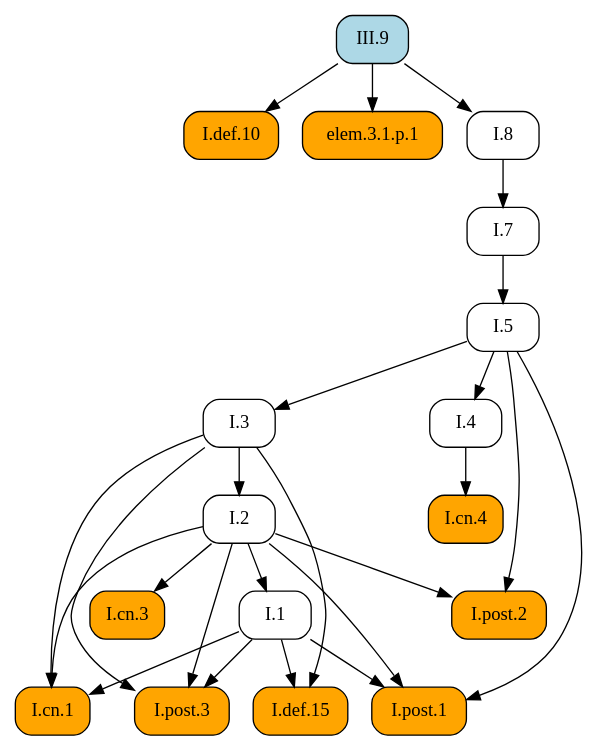
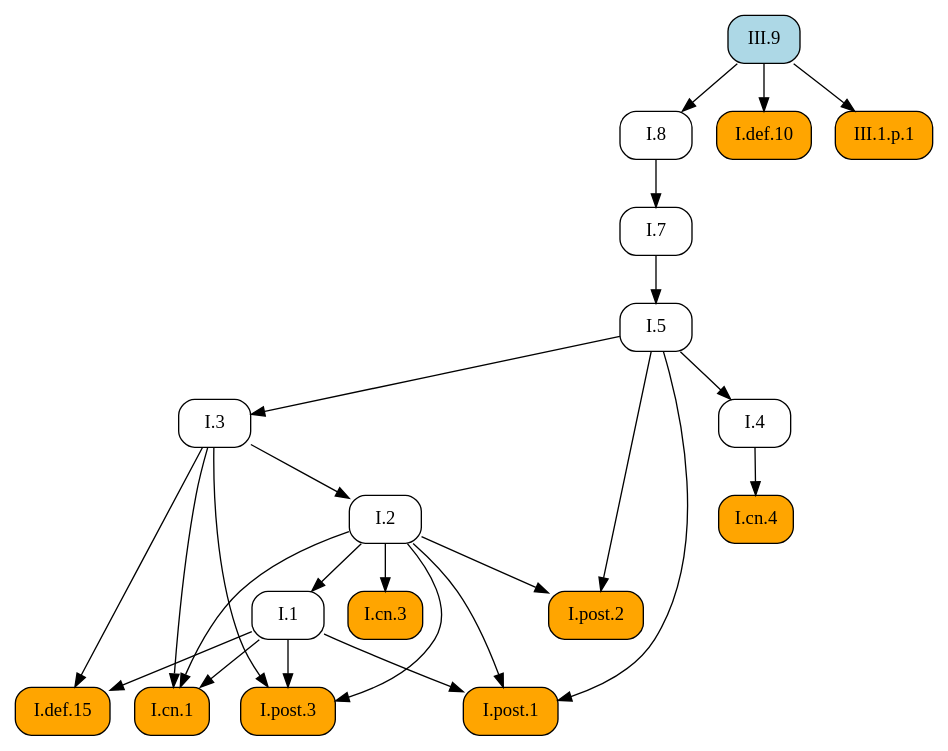
The diagram in docsrc/heath/III/9/index.rst (geometor/elements), drawn with Graphviz before and after one commit. The commit also changed other lines of this file and 484 other files, not shown here.

```diff
--- a/docsrc/heath/III/9/index.rst
+++ b/docsrc/heath/III/9/index.rst
@@ -71,47 +71,47 @@
 .. graphviz::
 
    digraph {
      rankdir="TB";
      node [shape=box, style=rounded];
+     "I.cn.1" [style="rounded,filled", fillcolor=orange, URL="/heath/I/cn.1/", target="_top"];
+     "I.7" [URL="/heath/I/7/", target="_top"];
+     "I.2" [URL="/heath/I/2/", target="_top"];
+     "I.def.15" [style="rounded,filled", fillcolor=orange, URL="/heath/I/def.15/", target="_top"];
+     "I.4" [URL="/heath/I/4/", target="_top"];
+     "I.1" [URL="/heath/I/1/", target="_top"];
+     "I.5" [URL="/heath/I/5/", target="_top"];
+     "I.post.1" [style="rounded,filled", fillcolor=orange, URL="/heath/I/post.1/", target="_top"];
+     "I.8" [URL="/heath/I/8/", target="_top"];
+     "I.post.3" [style="rounded,filled", fillcolor=orange, URL="/heath/I/post.3/", target="_top"];
+     "I.cn.3" [style="rounded,filled", fillcolor=orange, URL="/heath/I/cn.3/", target="_top"];
      "I.def.10" [style="rounded,filled", fillcolor=orange, URL="/heath/I/def.10/", target="_top"];
-     "I.1" [URL="/heath/I/1/", target="_top"];
-     "I.7" [URL="/heath/I/7/", target="_top"];
+     "III.9" [style="rounded,filled", fillcolor=lightblue, URL="/heath/III/9/", target="_top"];
+     "III.1.p.1" [style="rounded,filled", fillcolor=orange];
+     "I.cn.4" [style="rounded,filled", fillcolor=orange, URL="/heath/I/cn.4/", target="_top"];
+     "I.post.2" [style="rounded,filled", fillcolor=orange, URL="/heath/I/post.2/", target="_top"];
      "I.3" [URL="/heath/I/3/", target="_top"];
-     "I.2" [URL="/heath/I/2/", target="_top"];
-     "I.4" [URL="/heath/I/4/", target="_top"];
-     "elem.3.1.p.1" [style="rounded,filled", fillcolor=orange];
-     "I.post.2" [style="rounded,filled", fillcolor=orange, URL="/heath/I/post.2/", target="_top"];
-     "III.9" [style="rounded,filled", fillcolor=lightblue, URL="/heath/III/9/", target="_top"];
-     "I.def.15" [style="rounded,filled", fillcolor=orange, URL="/heath/I/def.15/", target="_top"];
-     "I.post.3" [style="rounded,filled", fillcolor=orange, URL="/heath/I/post.3/", target="_top"];
-     "I.cn.1" [style="rounded,filled", fillcolor=orange, URL="/heath/I/cn.1/", target="_top"];
-     "I.cn.3" [style="rounded,filled", fillcolor=orange, URL="/heath/I/cn.3/", target="_top"];
-     "I.8" [URL="/heath/I/8/", target="_top"];
-     "I.cn.4" [style="rounded,filled", fillcolor=orange, URL="/heath/I/cn.4/", target="_top"];
-     "I.post.1" [style="rounded,filled", fillcolor=orange, URL="/heath/I/post.1/", target="_top"];
-     "I.5" [URL="/heath/I/5/", target="_top"];
-     "III.9" -> "I.def.10";
-     "I.2" -> "I.1";
+     "I.1" -> "I.cn.1";
+     "I.2" -> "I.cn.1";
+     "I.3" -> "I.cn.1";
      "I.8" -> "I.7";
-     "I.5" -> "I.3";
      "I.3" -> "I.2";
-     "I.5" -> "I.4";
-     "III.9" -> "elem.3.1.p.1";
-     "I.2" -> "I.post.2";
-     "I.5" -> "I.post.2";
      "I.1" -> "I.def.15";
      "I.3" -> "I.def.15";
+     "I.5" -> "I.4";
+     "I.2" -> "I.1";
+     "I.7" -> "I.5";
+     "I.1" -> "I.post.1";
+     "I.2" -> "I.post.1";
+     "I.5" -> "I.post.1";
+     "III.9" -> "I.8";
      "I.1" -> "I.post.3";
      "I.2" -> "I.post.3";
      "I.3" -> "I.post.3";
-     "I.1" -> "I.cn.1";
-     "I.2" -> "I.cn.1";
-     "I.3" -> "I.cn.1";
      "I.2" -> "I.cn.3";
-     "III.9" -> "I.8";
+     "III.9" -> "I.def.10";
+     "III.9" -> "III.1.p.1";
      "I.4" -> "I.cn.4";
-     "I.1" -> "I.post.1";
-     "I.2" -> "I.post.1";
-     "I.5" -> "I.post.1";
-     "I.7" -> "I.5";
+     "I.2" -> "I.post.2";
+     "I.5" -> "I.post.2";
+     "I.5" -> "I.3";
    }
```
